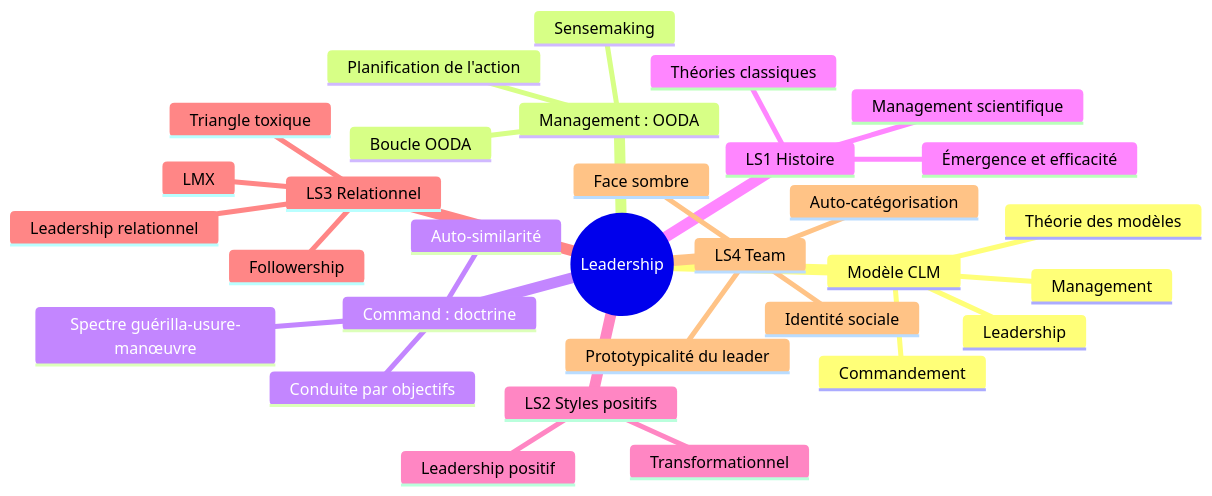
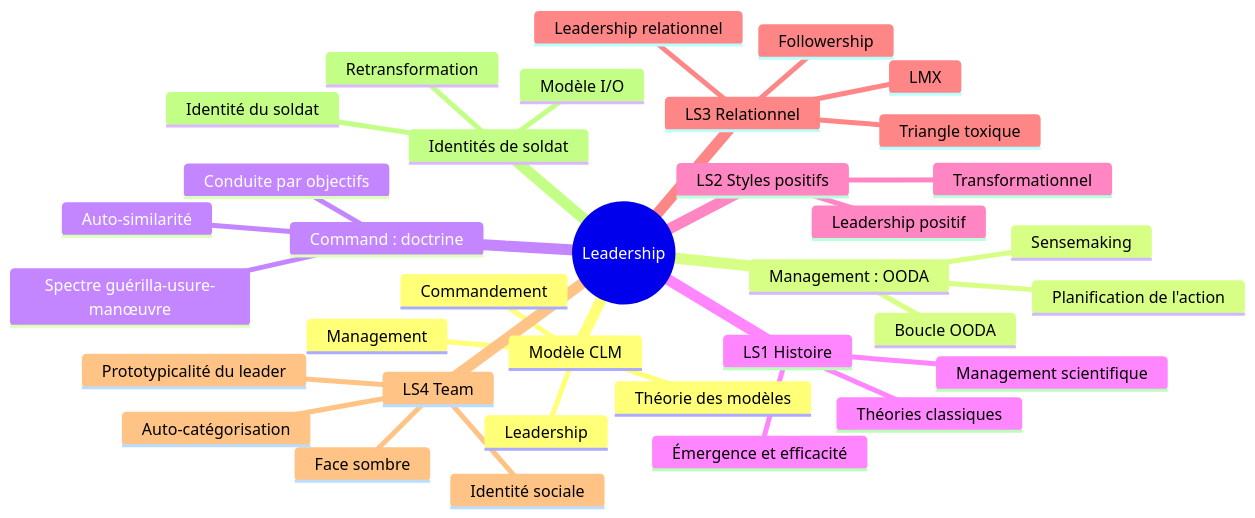
One commit to aidraxowl/NEXUS changed the diagram in NEXUS/09-Learning/Course-Maps/HS26 - Leadership.md. Above: the diagram before and after it, drawn with Mermaid. The commit also changed other lines of this file and 29 other files, not shown here.

````diff
--- a/NEXUS/09-Learning/Course-Maps/HS26 - Leadership.md
+++ b/NEXUS/09-Learning/Course-Maps/HS26 - Leadership.md
@@ -19,34 +19,38 @@
 ```mermaid
 mindmap
   root((Leadership))
     Modèle CLM
       Commandement
       Leadership
       Management
       Théorie des modèles
     Management : OODA
       Boucle OODA
       Sensemaking
       Planification de l'action
     Command : doctrine
       Conduite par objectifs
       Spectre guérilla-usure-manœuvre
       Auto-similarité
     LS1 Histoire
       Théories classiques
       Émergence et efficacité
       Management scientifique
     LS2 Styles positifs
       Leadership positif
       Transformationnel
     LS3 Relationnel
       Leadership relationnel
       Followership
       Triangle toxique
       LMX
     LS4 Team
       Identité sociale
       Auto-catégorisation
       Prototypicalité du leader
       Face sombre
+    Identités de soldat
+      Modèle I/O
+      Identité du soldat
+      Retransformation
 ```
````
